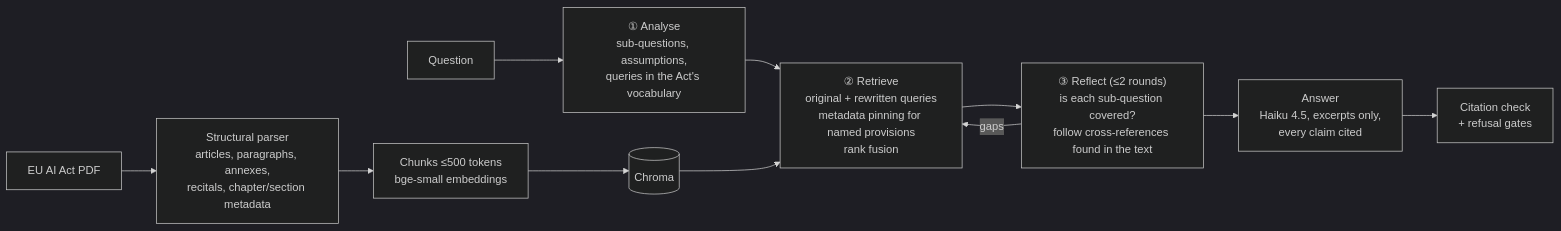
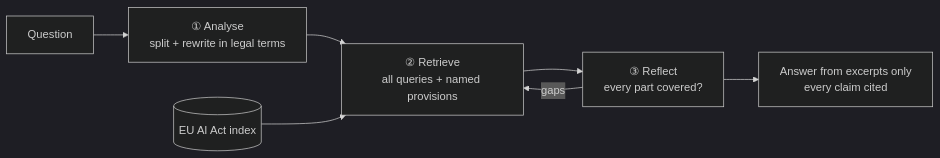
Before and after one commit to sneha-shrikumar/EU-AI-Act-Assistant: the diagram in README.md, drawn with Mermaid (dark theme). The commit also changed other lines of this file, not shown here.

````diff
--- a/README.md
+++ b/README.md
@@ -150,14 +107,9 @@
 ```mermaid
 flowchart LR
-    PDF[EU AI Act PDF] --> P[Structural parser<br/>articles, paragraphs, annexes,<br/>recitals, chapter/section metadata]
-    P --> C[Chunks ≤500 tokens<br/>bge-small embeddings]
-    C --> DB[(Chroma)]
-
-    Q[Question] --> A1["① Analyse<br/>sub-questions, assumptions,<br/>queries in the Act's vocabulary"]
-    A1 --> R["② Retrieve<br/>original + rewritten queries<br/>metadata pinning for named provisions<br/>rank fusion"]
-    DB --> R
-    R --> A3["③ Reflect (≤2 rounds)<br/>is each sub-question covered?<br/>follow cross-references found in the text"]
+    Q[Question] --> A1["① Analyse<br/>split + rewrite in legal terms"]
+    A1 --> R["② Retrieve<br/>all queries + named provisions"]
+    DB[(EU AI Act index)] --> R
+    R --> A3["③ Reflect<br/>every part covered?"]
     A3 -- gaps --> R
-    A3 --> G[Answer<br/>Haiku 4.5, excerpts only,<br/>every claim cited]
-    G --> CK[Citation check<br/>+ refusal gates]
+    A3 --> G["Answer from excerpts only<br/>every claim cited"]
 ```
````
